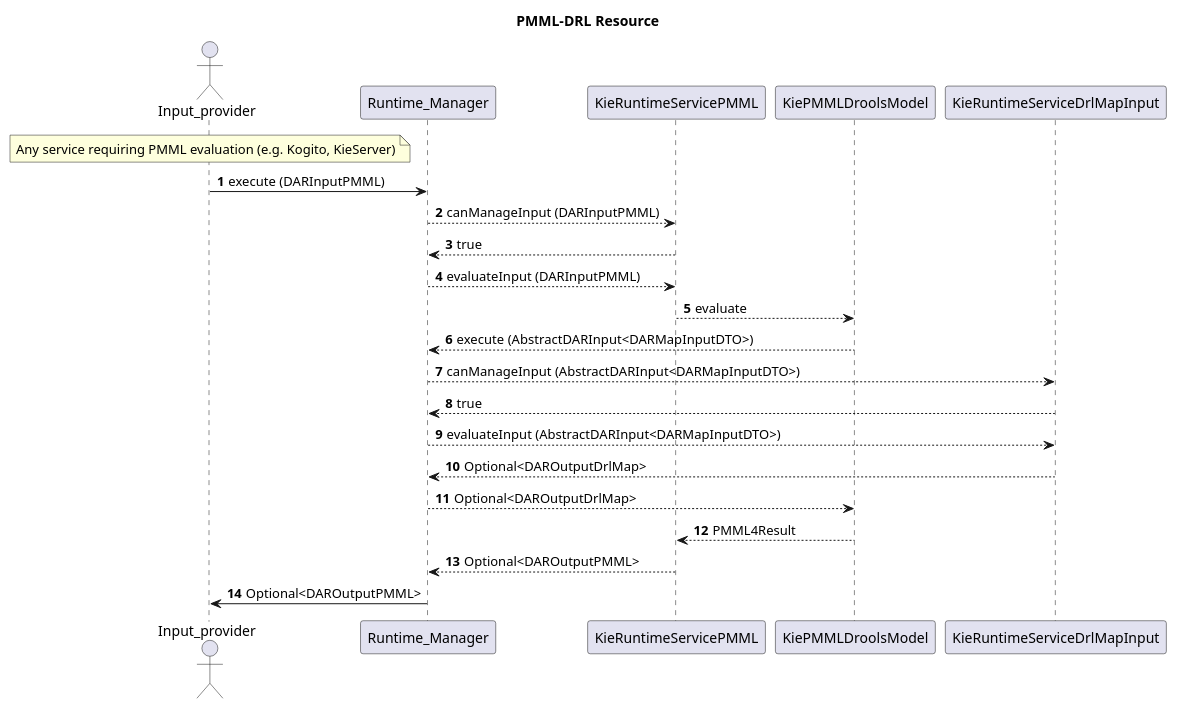
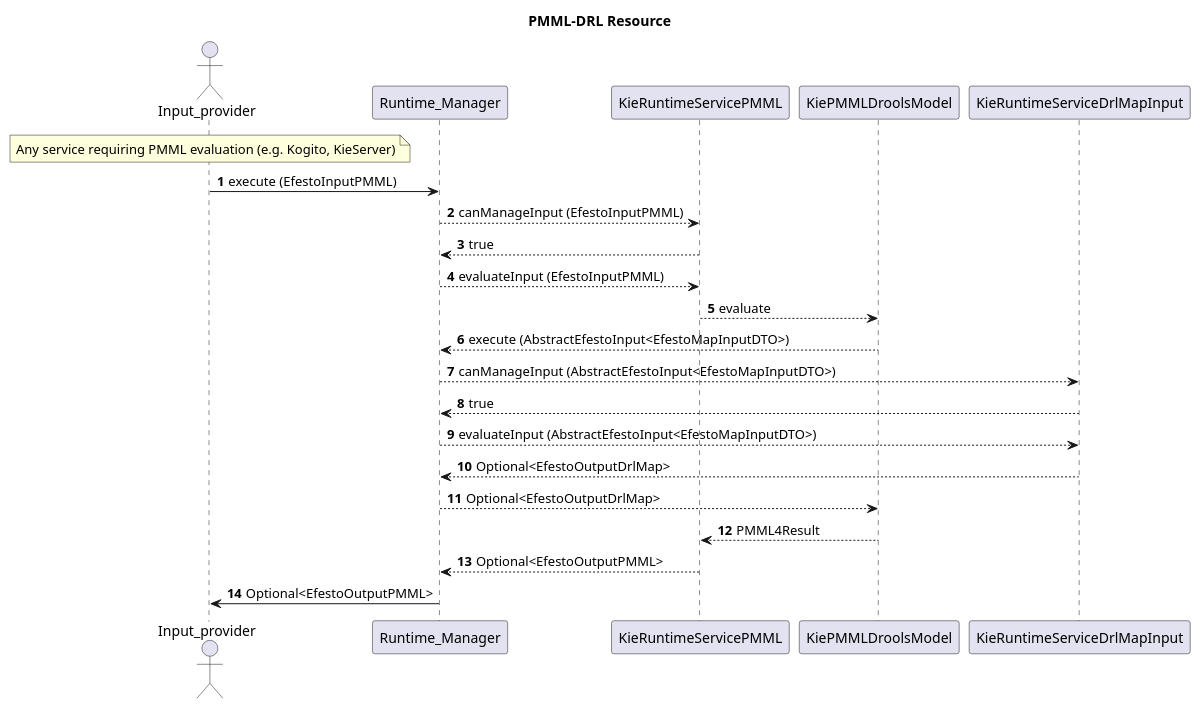
Before and after one commit to gitgabrio/drools-arch-refactoring: the diagram in documentation/PMMLDRLRuntimeSequence.plantuml, drawn with PlantUML. The commit also changed 332 other files, not shown here.

```diff
--- a/documentation/PMMLDRLRuntimeSequence.plantuml
+++ b/documentation/PMMLDRLRuntimeSequence.plantuml
@@ -1,27 +1,27 @@
 @startuml
 'https://plantuml.com/sequence-diagram
 
 
 title PMML-DRL Resource
 
 autonumber 1
 actor Input_provider
 note over Input_provider: Any service requiring PMML evaluation (e.g. Kogito, KieServer)
 
-Input_provider -> Runtime_Manager: execute (DARInputPMML)
-Runtime_Manager --> KieRuntimeServicePMML: canManageInput (DARInputPMML)
+Input_provider -> Runtime_Manager: execute (EfestoInputPMML)
+Runtime_Manager --> KieRuntimeServicePMML: canManageInput (EfestoInputPMML)
 KieRuntimeServicePMML --> Runtime_Manager: true
-Runtime_Manager --> KieRuntimeServicePMML: evaluateInput (DARInputPMML)
+Runtime_Manager --> KieRuntimeServicePMML: evaluateInput (EfestoInputPMML)
 KieRuntimeServicePMML --> KiePMMLDroolsModel: evaluate
-KiePMMLDroolsModel --> Runtime_Manager: execute (AbstractDARInput<DARMapInputDTO>)
-Runtime_Manager --> KieRuntimeServiceDrlMapInput: canManageInput (AbstractDARInput<DARMapInputDTO>)
+KiePMMLDroolsModel --> Runtime_Manager: execute (AbstractEfestoInput<EfestoMapInputDTO>)
+Runtime_Manager --> KieRuntimeServiceDrlMapInput: canManageInput (AbstractEfestoInput<EfestoMapInputDTO>)
 KieRuntimeServiceDrlMapInput --> Runtime_Manager: true
-Runtime_Manager --> KieRuntimeServiceDrlMapInput: evaluateInput (AbstractDARInput<DARMapInputDTO>)
-KieRuntimeServiceDrlMapInput --> Runtime_Manager: Optional<DAROutputDrlMap>
-Runtime_Manager --> KiePMMLDroolsModel: Optional<DAROutputDrlMap>
+Runtime_Manager --> KieRuntimeServiceDrlMapInput: evaluateInput (AbstractEfestoInput<EfestoMapInputDTO>)
+KieRuntimeServiceDrlMapInput --> Runtime_Manager: Optional<EfestoOutputDrlMap>
+Runtime_Manager --> KiePMMLDroolsModel: Optional<EfestoOutputDrlMap>
 KiePMMLDroolsModel --> KieRuntimeServicePMML: PMML4Result
-KieRuntimeServicePMML --> Runtime_Manager: Optional<DAROutputPMML>
-Runtime_Manager -> Input_provider: Optional<DAROutputPMML>
+KieRuntimeServicePMML --> Runtime_Manager: Optional<EfestoOutputPMML>
+Runtime_Manager -> Input_provider: Optional<EfestoOutputPMML>
 
 
 @enduml
```
